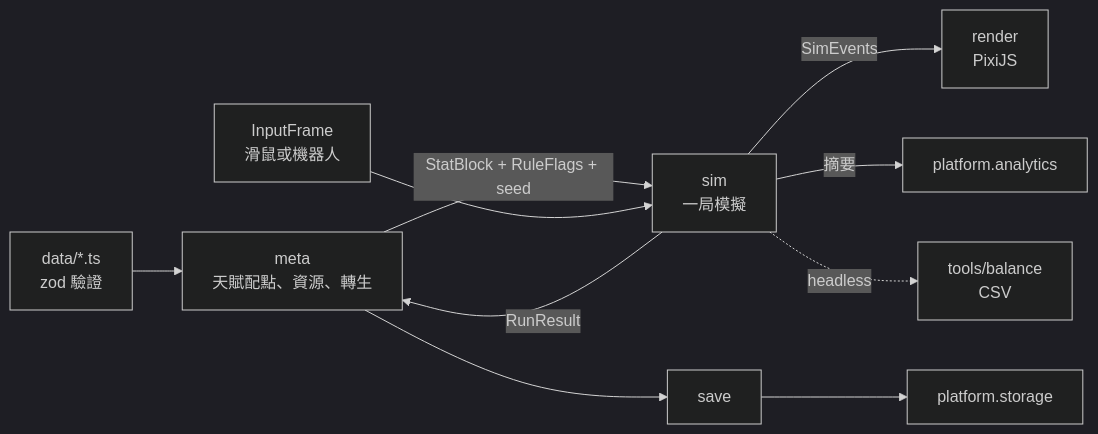
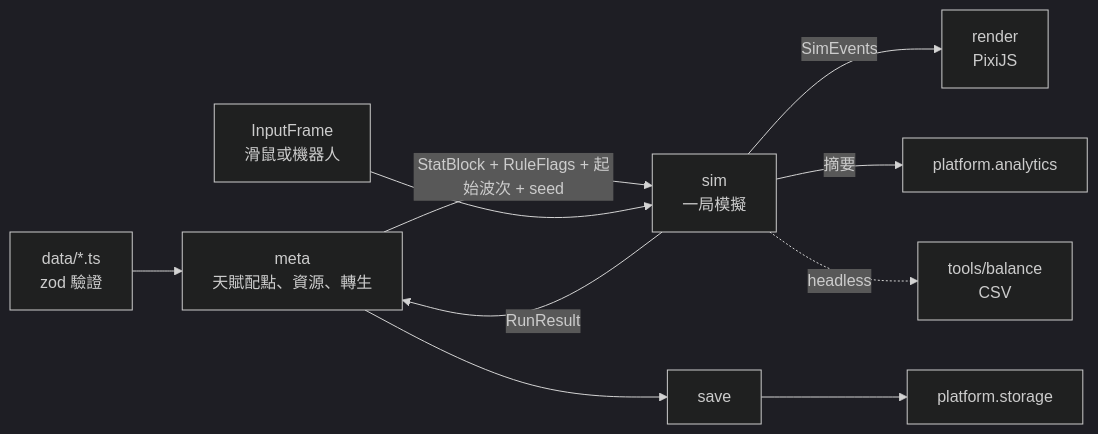
Before and after one commit to chriskid824/bc-incremental: the diagram in docs/ARCHITECTURE.md, drawn with Mermaid (dark theme). The commit also changed other lines of this file, not shown here.

````diff
--- a/docs/ARCHITECTURE.md
+++ b/docs/ARCHITECTURE.md
@@ -47,11 +47,11 @@
 ```mermaid
 flowchart LR
   D[data/*.ts<br/>zod 驗證] --> M[meta<br/>天賦配點、資源、轉生]
-  M -->|StatBlock + RuleFlags + seed| S[sim<br/>一局模擬]
+  M -->|StatBlock + RuleFlags + 起始波次 + seed| S[sim<br/>一局模擬]
   I[InputFrame<br/>滑鼠或機器人] --> S
   S -->|SimEvents| R[render<br/>PixiJS]
   S -->|RunResult| M
   M --> SV[save] --> P[platform.storage]
   S -->|摘要| A[platform.analytics]
   S -.headless.-> B[tools/balance<br/>CSV]
 ```
````
